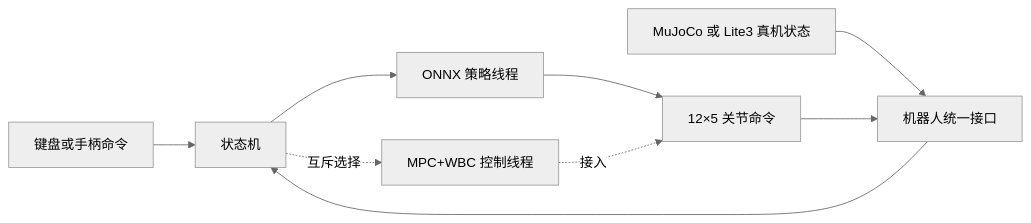
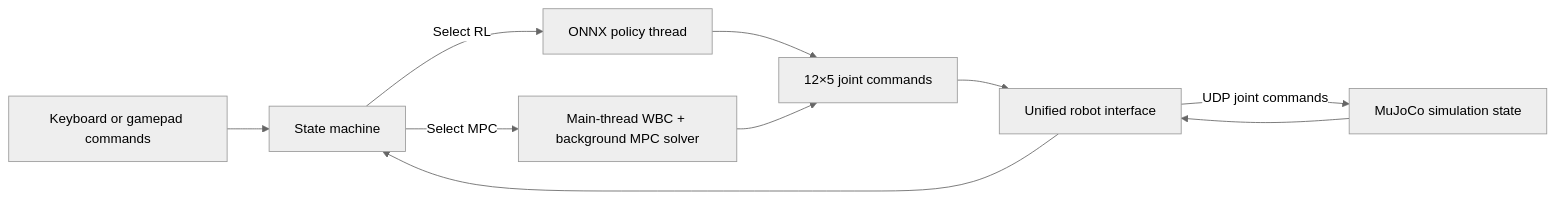
Before and after one commit to yingjian-peng/Lite3_MPC-WBC_project: the first of 2 diagrams in README.md, drawn with Mermaid (neutral theme). The commit also changed other lines of this file and 119 other files, not shown here.

````diff
--- a/README.md
+++ b/README.md
@@ -15,11 +17,12 @@
 ```mermaid
 flowchart LR
-    A[键盘或手柄命令] --> B[状态机]
-    C[MuJoCo 或 Lite3 真机状态] --> D[机器人统一接口]
+    A[Keyboard or gamepad commands] --> B[State machine]
+    C[MuJoCo simulation state] --> D[Unified robot interface]
     D --> B
-    B --> E[ONNX 策略线程]
-    B -. 互斥选择 .-> F[MPC+WBC 控制线程]
-    E --> G[12×5 关节命令]
-    F -. 接入 .-> G
+    B -->|Select RL| E[ONNX policy thread]
+    B -->|Select MPC| F[Main-thread WBC + background MPC solver]
+    E --> G[12×5 joint commands]
+    F --> G
     G --> D
+    D -->|UDP joint commands| C
 ```
````
